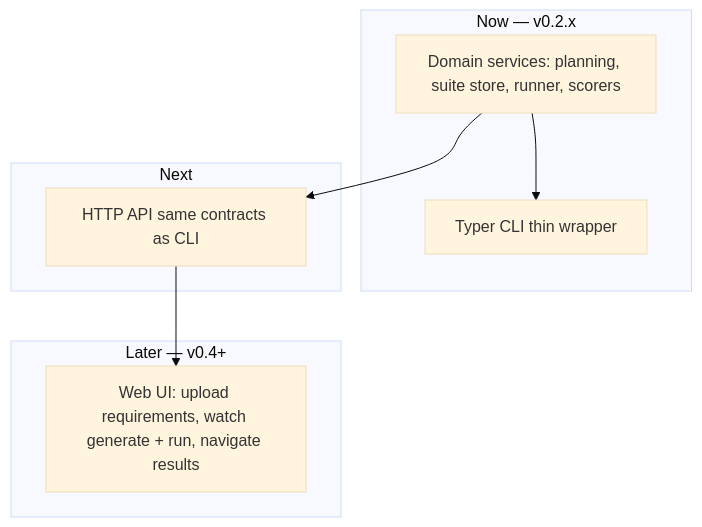
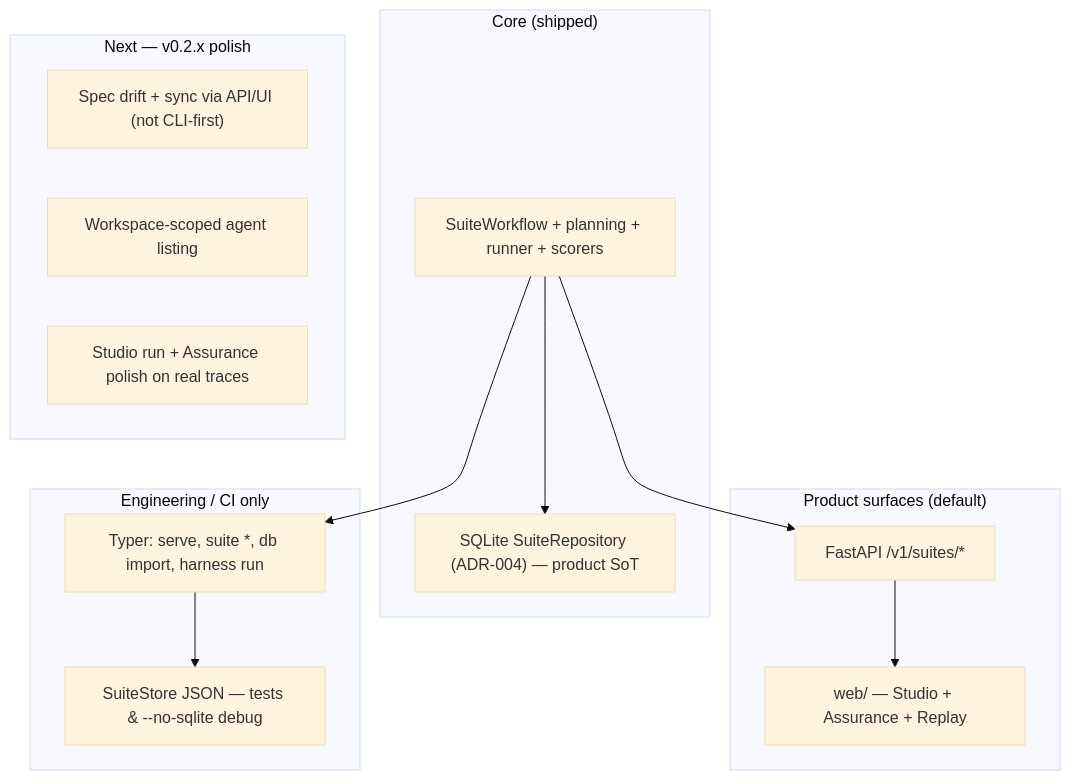
The first of 2 diagrams in docs/ROADMAP.md (DTiapan/AgentEval), drawn with Mermaid (base theme) before and after one commit. The commit also changed other lines of this file and 51 other files, not shown here.

First line of the commit message:
feat(platform): SQLite suites, spec sync, gap loop, and web-first path

````diff
--- a/docs/ROADMAP.md
+++ b/docs/ROADMAP.md
@@ -25,16 +25,25 @@
 ```mermaid
 flowchart TD
-  subgraph now["Now — v0.2.x"]
-    CORE["Domain services: planning, suite store, runner, scorers"]
-    CLI["Typer CLI thin wrapper"]
-    CORE --> CLI
+  subgraph core["Core (shipped)"]
+    SVC["SuiteWorkflow + planning + runner + scorers"]
+    DB["SQLite SuiteRepository (ADR-004) — product SoT"]
+    SVC --> DB
   end
-  subgraph next["Next"]
-    API["HTTP API same contracts as CLI"]
-    CORE --> API
+  subgraph surfaces["Product surfaces (default)"]
+    UI["web/ — Studio + Assurance + Replay"]
+    API["FastAPI /v1/suites/*"]
   end
-  subgraph later["Later — v0.4+"]
-    UI["Web UI: upload requirements, watch generate + run, navigate results"]
-    API --> UI
+  SVC --> API
+  API --> UI
+  subgraph eng["Engineering / CI only"]
+    CLI["Typer: serve, suite *, db import, harness run"]
+    FS["SuiteStore JSON — tests & --no-sqlite debug"]
+  end
+  SVC --> CLI
+  CLI --> FS
+  subgraph next["Next — v0.2.x polish"]
+    P1["Spec drift + sync via API/UI (not CLI-first)"]
+    P2["Workspace-scoped agent listing"]
+    P3["Studio run + Assurance polish on real traces"]
   end
 ```
````
